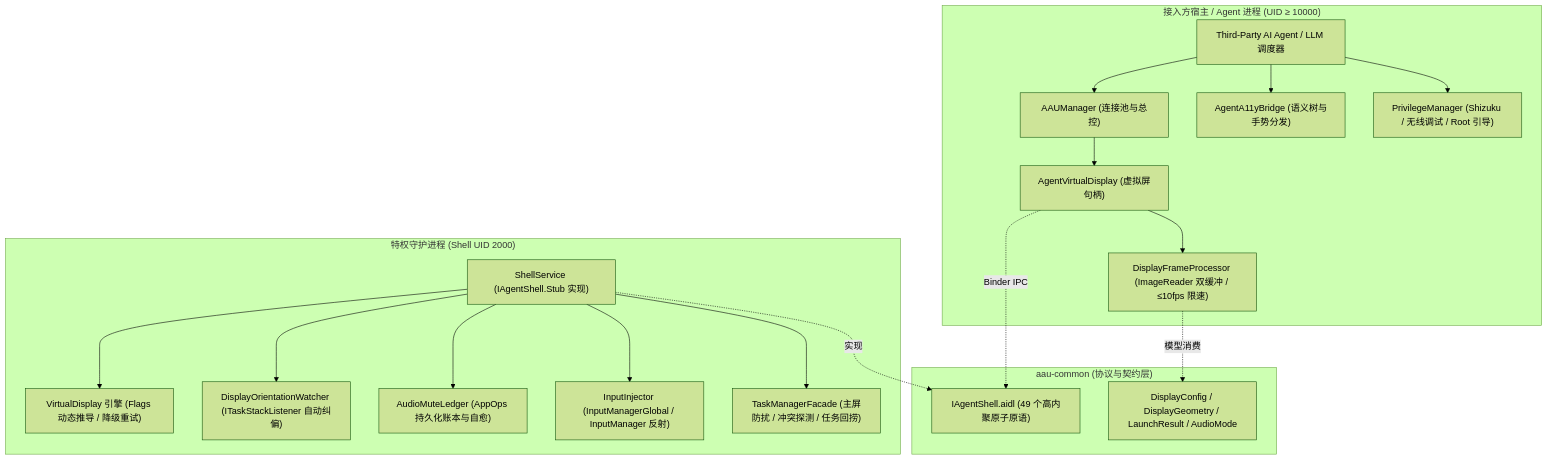
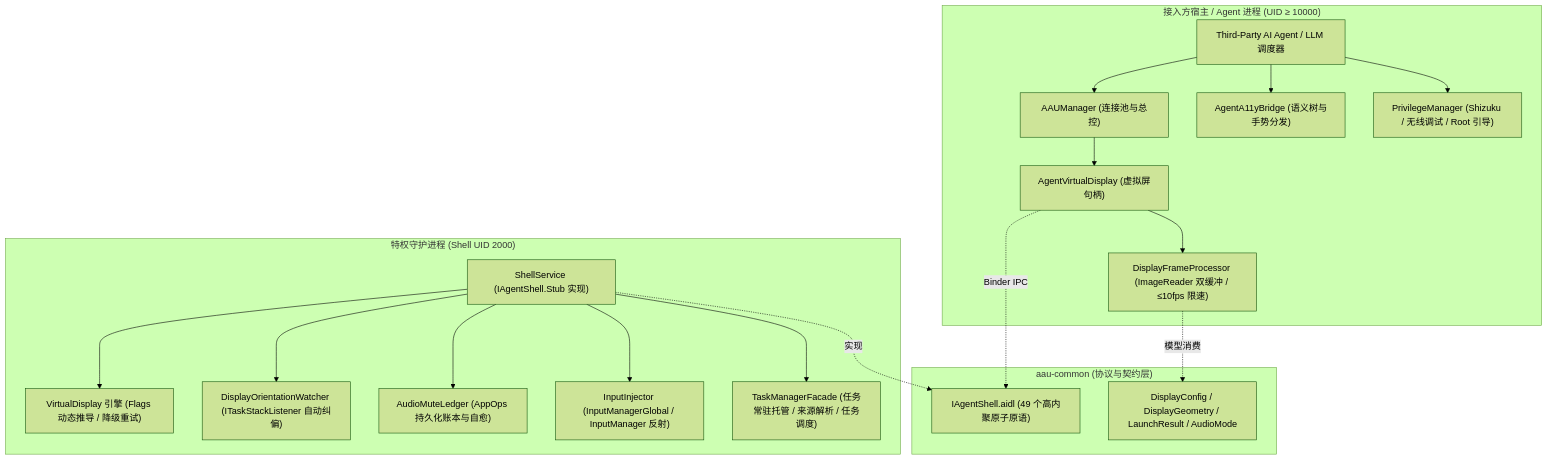
One commit to orz-i/Android-Agent-Use changed the diagram in README.md. Above: the diagram before and after it, drawn with Mermaid (forest theme). The commit also changed other lines of this file and 2 other files, not shown here.

Commit message:
docs(aau): update architecture docs for always-on display custody and origin attribution

````diff
--- a/README.md
+++ b/README.md
@@ -62,41 +62,41 @@
 ```mermaid
 flowchart TD
     subgraph ClientProcess["接入方宿主 / Agent 进程 (UID ≥ 10000)"]
         Consumer["Third-Party AI Agent / LLM 调度器"]
         Manager["AAUManager (连接池与总控)"]
         Display["AgentVirtualDisplay (虚拟屏句柄)"]
         Pipeline["DisplayFrameProcessor (ImageReader 双缓冲 / ≤10fps 限速)"]
         A11y["AgentA11yBridge (语义树与手势分发)"]
         Setup["PrivilegeManager (Shizuku / 无线调试 / Root 引导)"]
         
         Consumer --> Manager
         Consumer --> A11y
         Consumer --> Setup
         Manager --> Display
         Display --> Pipeline
     end
 
     subgraph CommonLayer["aau-common (协议与契约层)"]
         AIDL["IAgentShell.aidl (49 个高内聚原子原语)"]
         Models["DisplayConfig / DisplayGeometry / LaunchResult / AudioMode"]
     end
 
     subgraph DaemonProcess["特权守护进程 (Shell UID 2000)"]
         Server["ShellService (IAgentShell.Stub 实现)"]
         VD["VirtualDisplay 引擎 (Flags 动态推导 / 降级重试)"]
         Rotation["DisplayOrientationWatcher (ITaskStackListener 自动纠偏)"]
         Audio["AudioMuteLedger (AppOps 持久化账本与自愈)"]
         Input["InputInjector (InputManagerGlobal / InputManager 反射)"]
-        TaskManager["TaskManagerFacade (主屏防扰 / 冲突探测 / 任务回捞)"]
+        TaskManager["TaskManagerFacade (任务常驻托管 / 来源解析 / 任务调度)"]
 
         Server --> VD
         Server --> Rotation
         Server --> Audio
         Server --> Input
         Server --> TaskManager
     end
 
     Display -.->|Binder IPC| AIDL
     Server -.->|实现| AIDL
     Pipeline -.->|模型消费| Models
 ```
````
